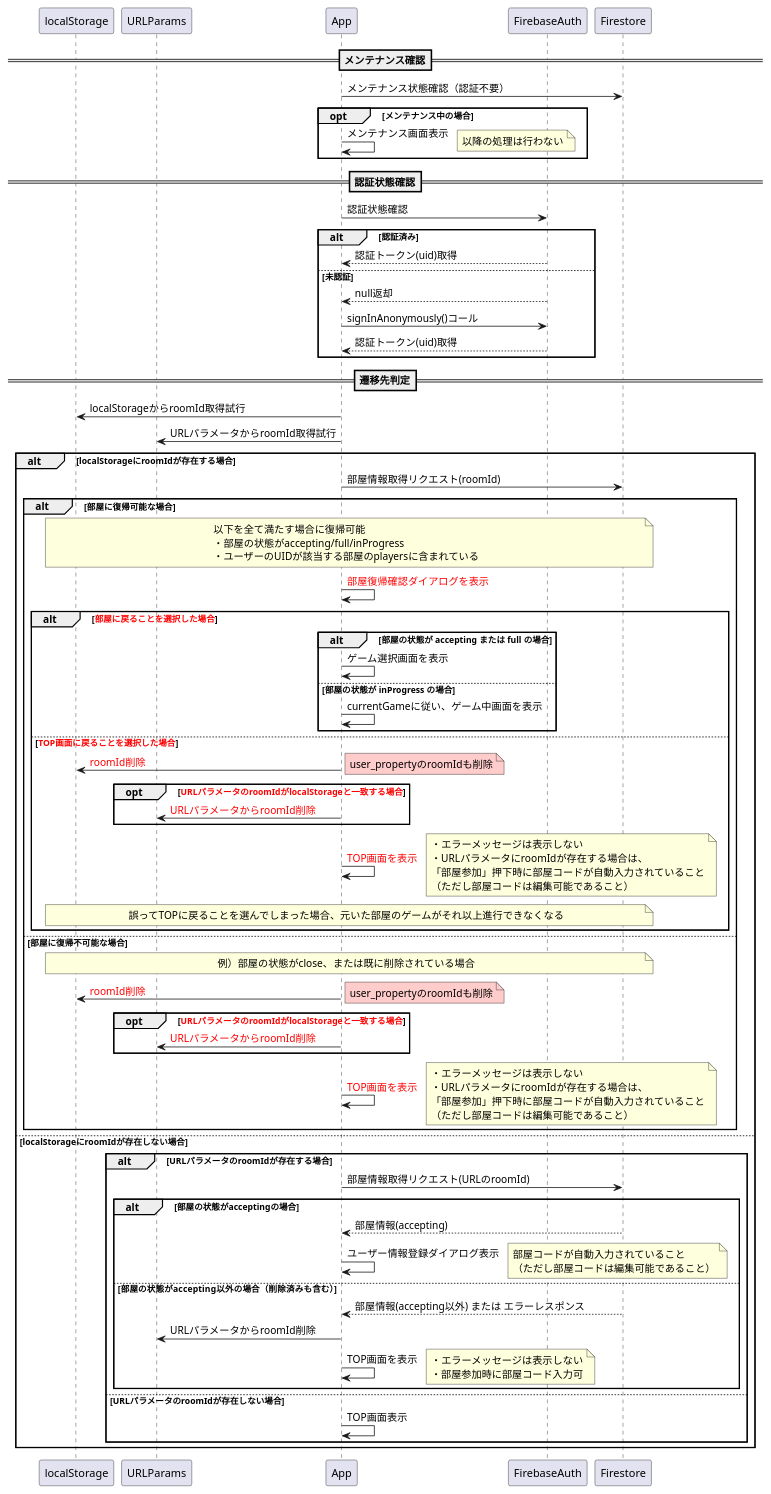
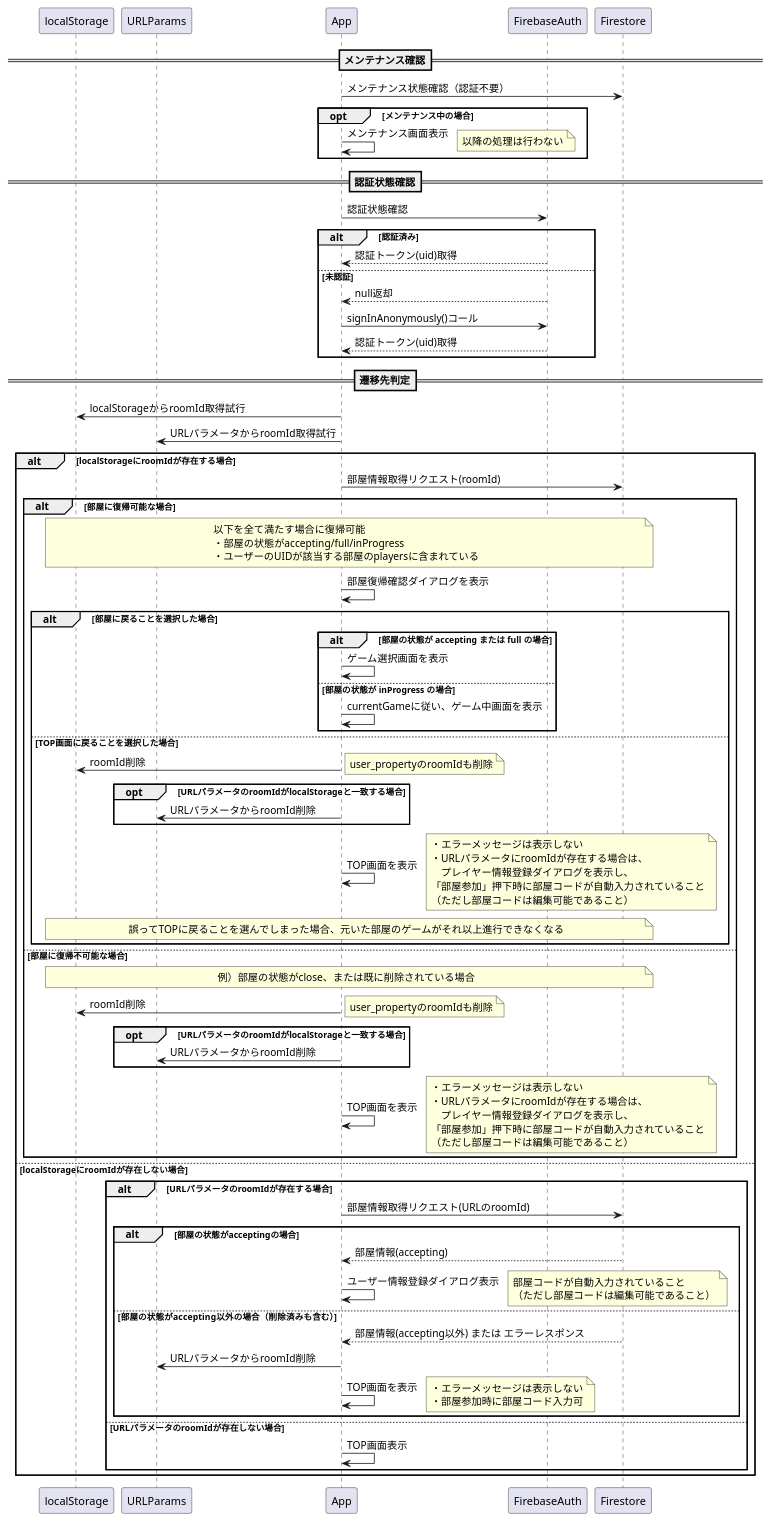
The diagram in doc/sequence/0000_startup_resume.wsd (hi-okuma/bdghub), drawn with PlantUML before and after one commit.

Commit message:
赤字を黒字に

```diff
--- a/doc/sequence/0000_startup_resume.wsd
+++ b/doc/sequence/0000_startup_resume.wsd
@@ -1,94 +1,94 @@
 @startuml
 
 participant localStorage
 participant URLParams
 participant App
 participant FirebaseAuth
 participant Firestore
 
 ==メンテナンス確認==
 
 App -> Firestore: メンテナンス状態確認（認証不要）
 
 opt メンテナンス中の場合
 App -> App: メンテナンス画面表示
 note right: 以降の処理は行わない
 end
 
 ==認証状態確認==
 
 App -> FirebaseAuth: 認証状態確認
 
 alt 認証済み
     App <-- FirebaseAuth: 認証トークン(uid)取得
 else 未認証
     App <-- FirebaseAuth: null返却
     App -> FirebaseAuth: signInAnonymously()コール
     App <-- FirebaseAuth: 認証トークン(uid)取得
 end
 
 ==遷移先判定==
 
 App -> localStorage: localStorageからroomId取得試行
 App -> URLParams: URLパラメータからroomId取得試行
 
 alt localStorageにroomIdが存在する場合
     App -> Firestore: 部屋情報取得リクエスト(roomId)
         
     alt 部屋に復帰可能な場合
         note across: 以下を全て満たす場合に復帰可能\n・部屋の状態がaccepting/full/inProgress\n・ユーザーのUIDが該当する部屋のplayersに含まれている
-        App -> App: <color:red>部屋復帰確認ダイアログを表示</color>
+        App -> App: 部屋復帰確認ダイアログを表示
         
-        alt <color:red>部屋に戻ることを選択した場合</color>
+        alt 部屋に戻ることを選択した場合
             alt 部屋の状態が accepting または full の場合
                 App -> App: ゲーム選択画面を表示
             else 部屋の状態が inProgress の場合
                 App -> App: currentGameに従い、ゲーム中画面を表示
             end
-        else <color:red>TOP画面に戻ることを選択した場合</color>
-            App -> localStorage: <color:red>roomId削除</color>
-            note right #ffcccc: user_propertyのroomIdも削除
+        else TOP画面に戻ることを選択した場合
+            App -> localStorage: roomId削除
+            note right: user_propertyのroomIdも削除
             
-            opt <color:red>URLパラメータのroomIdがlocalStorageと一致する場合</color>
-                App -> URLParams: <color:red>URLパラメータからroomId削除</color>
+            opt URLパラメータのroomIdがlocalStorageと一致する場合
+                App -> URLParams: URLパラメータからroomId削除
             end
 
-            App -> App: <color:red>TOP画面を表示</color>
-            note right: ・エラーメッセージは表示しない\n・URLパラメータにroomIdが存在する場合は、\n「部屋参加」押下時に部屋コードが自動入力されていること\n（ただし部屋コードは編集可能であること）
+            App -> App: TOP画面を表示
+            note right: ・エラーメッセージは表示しない\n・URLパラメータにroomIdが存在する場合は、\n　プレイヤー情報登録ダイアログを表示し、\n「部屋参加」押下時に部屋コードが自動入力されていること\n（ただし部屋コードは編集可能であること）
             note across: 誤ってTOPに戻ることを選んでしまった場合、元いた部屋のゲームがそれ以上進行できなくなる
         end
     else 部屋に復帰不可能な場合
         note across: 例）部屋の状態がclose、または既に削除されている場合
-        App -> localStorage: <color:red>roomId削除</color>
-        note right #ffcccc: user_propertyのroomIdも削除
+        App -> localStorage: roomId削除
+        note right: user_propertyのroomIdも削除
                 
-        opt <color:red>URLパラメータのroomIdがlocalStorageと一致する場合</color>
-            App -> URLParams: <color:red>URLパラメータからroomId削除</color>
+        opt URLパラメータのroomIdがlocalStorageと一致する場合
+            App -> URLParams: URLパラメータからroomId削除
         end
 
-        App -> App: <color:red>TOP画面を表示</color>
-        note right: ・エラーメッセージは表示しない\n・URLパラメータにroomIdが存在する場合は、\n「部屋参加」押下時に部屋コードが自動入力されていること\n（ただし部屋コードは編集可能であること）
+        App -> App: TOP画面を表示
+        note right: ・エラーメッセージは表示しない\n・URLパラメータにroomIdが存在する場合は、\n　プレイヤー情報登録ダイアログを表示し、\n「部屋参加」押下時に部屋コードが自動入力されていること\n（ただし部屋コードは編集可能であること）
     end
 
 else localStorageにroomIdが存在しない場合
 
     alt URLパラメータのroomIdが存在する場合
         App -> Firestore: 部屋情報取得リクエスト(URLのroomId)
 
         alt 部屋の状態がacceptingの場合
             App <-- Firestore: 部屋情報(accepting)
             App -> App: ユーザー情報登録ダイアログ表示
             note right: 部屋コードが自動入力されていること\n（ただし部屋コードは編集可能であること）
         else 部屋の状態がaccepting以外の場合（削除済みも含む）
             App <-- Firestore: 部屋情報(accepting以外) または エラーレスポンス
             App -> URLParams: URLパラメータからroomId削除
             App -> App: TOP画面を表示
             note right: ・エラーメッセージは表示しない\n・部屋参加時に部屋コード入力可            
         end
     else URLパラメータのroomIdが存在しない場合
         App -> App: TOP画面表示
     end
 
 end
 
 @enduml
```
